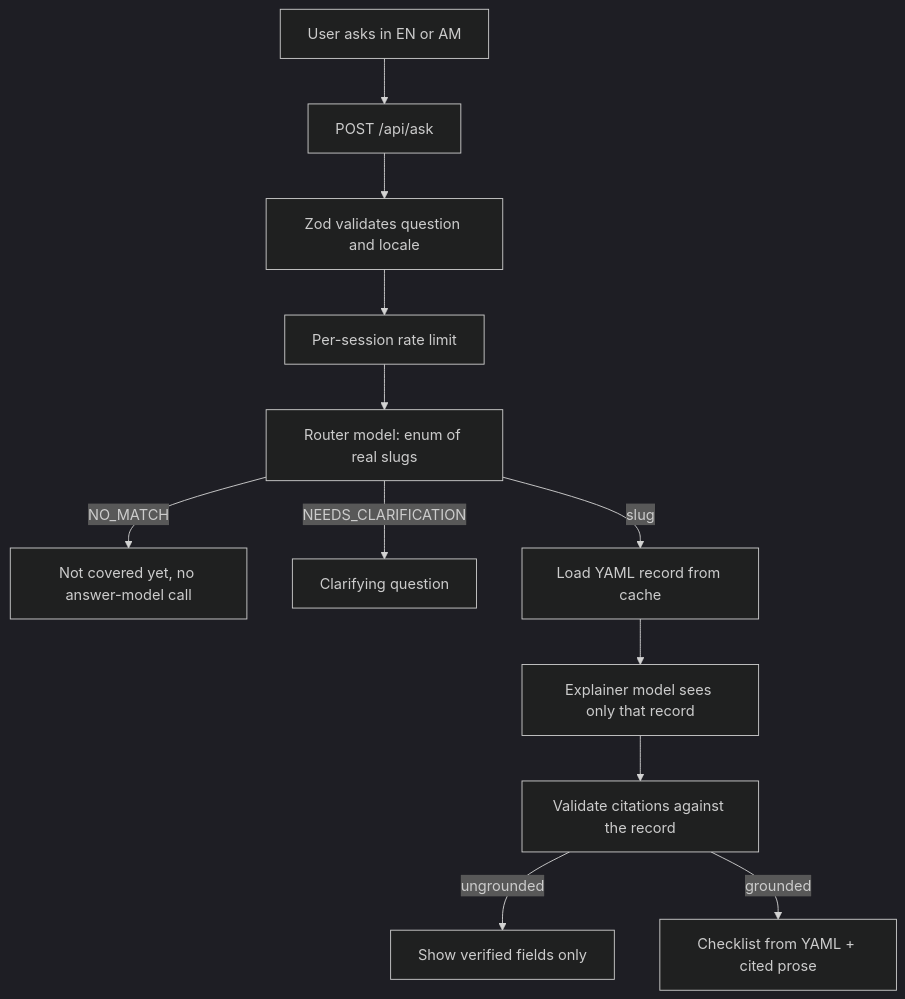
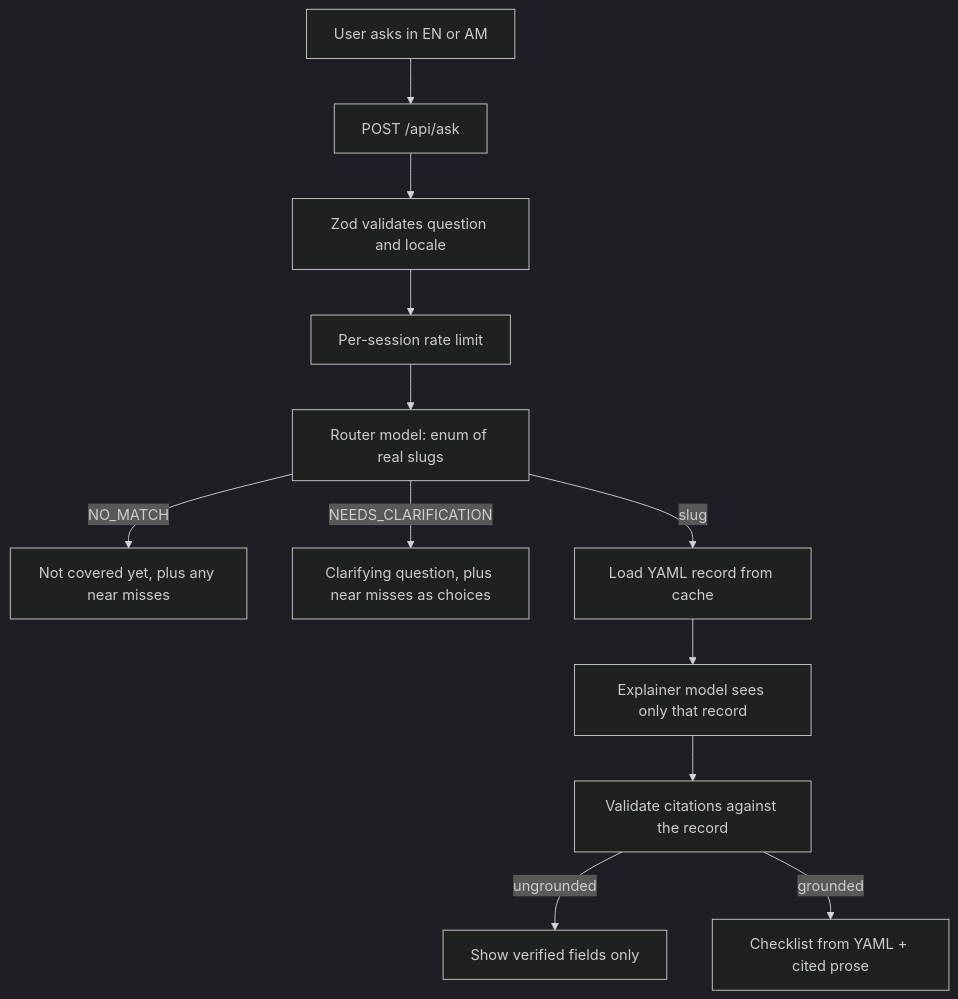
The diagram in README.md (GovGuide-AI/FullStack), drawn with Mermaid (dark theme) before and after one commit. The commit also changed other lines of this file and 16 other files, not shown here.

````diff
--- a/README.md
+++ b/README.md
@@ -45,14 +46,14 @@
 ```mermaid
 flowchart TD
     User[User asks in EN or AM] --> Route[POST /api/ask]
     Route --> Validate[Zod validates question and locale]
     Validate --> Limit[Per-session rate limit]
     Limit --> Router["Router model: enum of real slugs"]
-    Router -->|NO_MATCH| NotCovered[Not covered yet, no answer-model call]
-    Router -->|NEEDS_CLARIFICATION| Clarify[Clarifying question]
+    Router -->|NO_MATCH| NotCovered[Not covered yet, plus any near misses]
+    Router -->|NEEDS_CLARIFICATION| Clarify[Clarifying question, plus near misses as choices]
     Router -->|slug| Load[Load YAML record from cache]
     Load --> Explain["Explainer model sees only that record"]
     Explain --> Check[Validate citations against the record]
     Check -->|ungrounded| Degrade[Show verified fields only]
     Check -->|grounded| Render[Checklist from YAML + cited prose]
 ```
````
